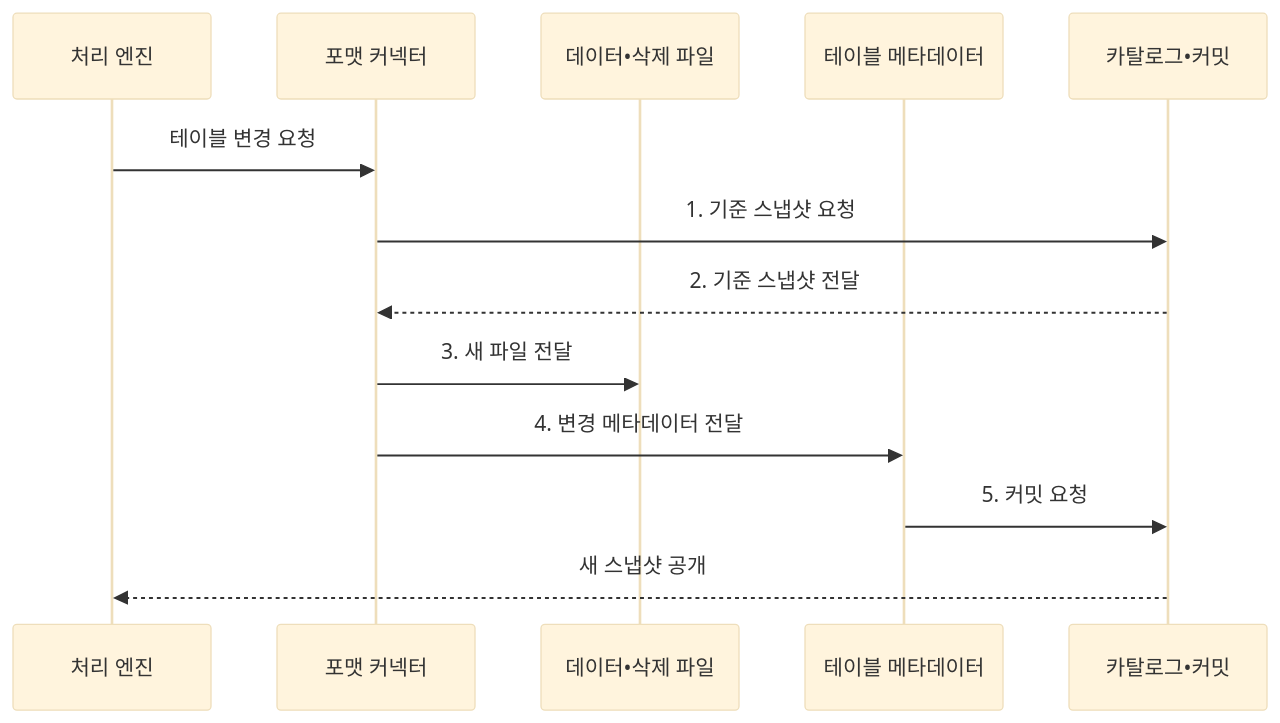
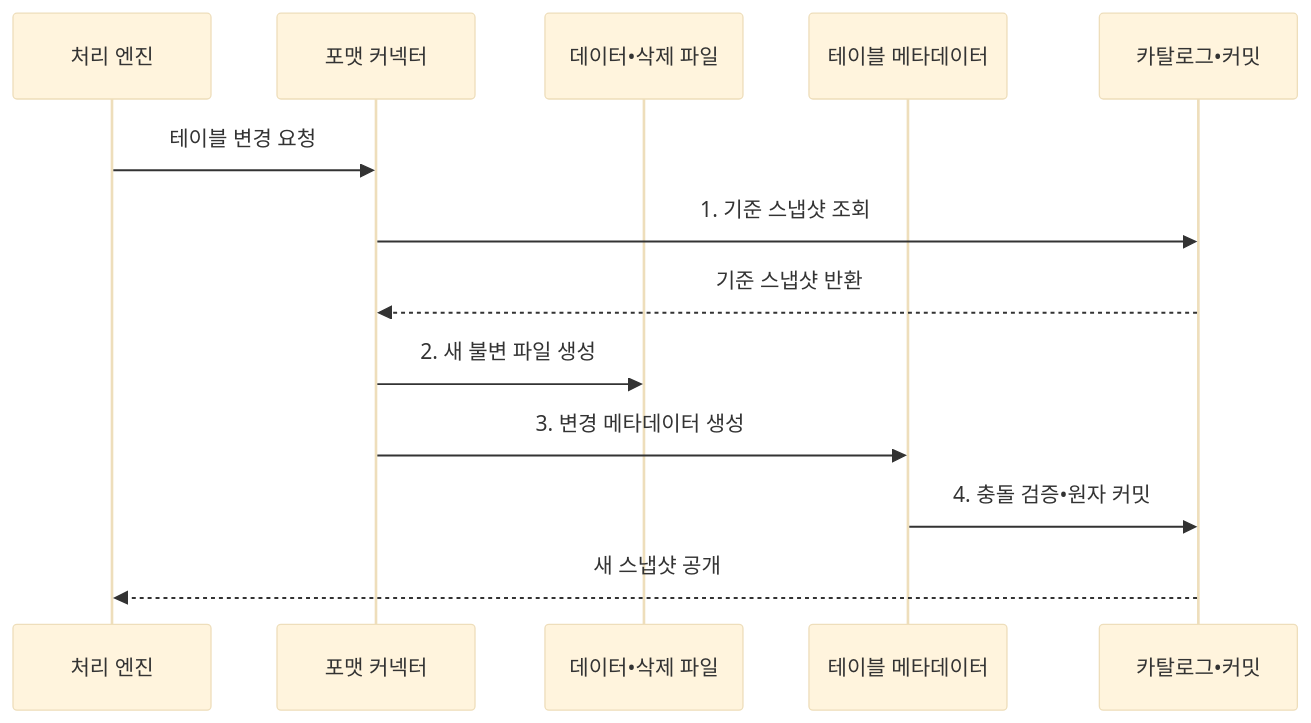
Before and after one commit to agnusdei1207/knowledge-base: the second of 2 diagrams in src/content/docs/notes/08-latest-tech/192_open_table_format.md, drawn with Mermaid (base theme). The commit also changed other lines of this file and 4 other files, not shown here.

````diff
--- a/src/content/docs/notes/08-latest-tech/192_open_table_format.md
+++ b/src/content/docs/notes/08-latest-tech/192_open_table_format.md
@@ -99,15 +99,15 @@
 ```mermaid
 sequenceDiagram
   participant E as 처리 엔진
   participant C as 포맷 커넥터
   participant F as 데이터•삭제 파일
   participant M as 테이블 메타데이터
   participant A as 카탈로그•커밋
   E->>C: 테이블 변경 요청
-  C->>A: 1. 기준 스냅샷 요청
-  A-->>C: 2. 기준 스냅샷 전달
-  C->>F: 3. 새 파일 전달
-  C->>M: 4. 변경 메타데이터 전달
-  M->>A: 5. 커밋 요청
+  C->>A: 1. 기준 스냅샷 조회
+  A-->>C: 기준 스냅샷 반환
+  C->>F: 2. 새 불변 파일 생성
+  C->>M: 3. 변경 메타데이터 생성
+  M->>A: 4. 충돌 검증•원자 커밋
   A-->>E: 새 스냅샷 공개
 ```
````
